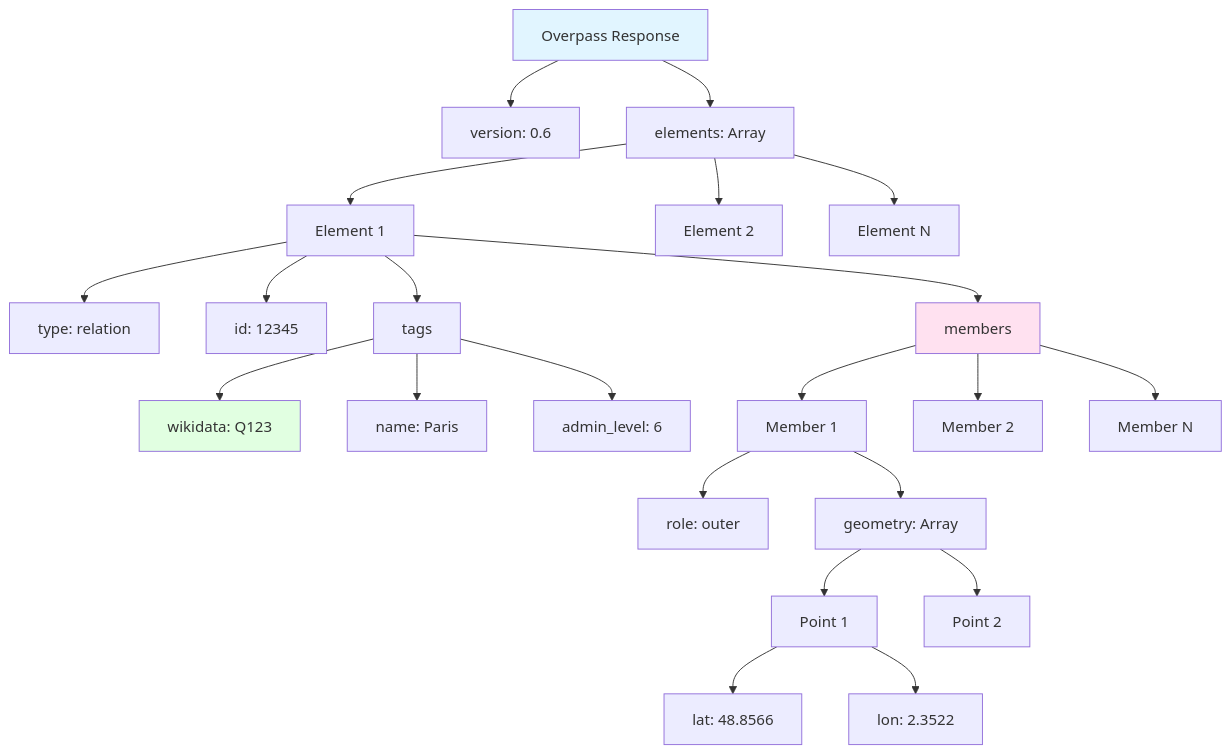
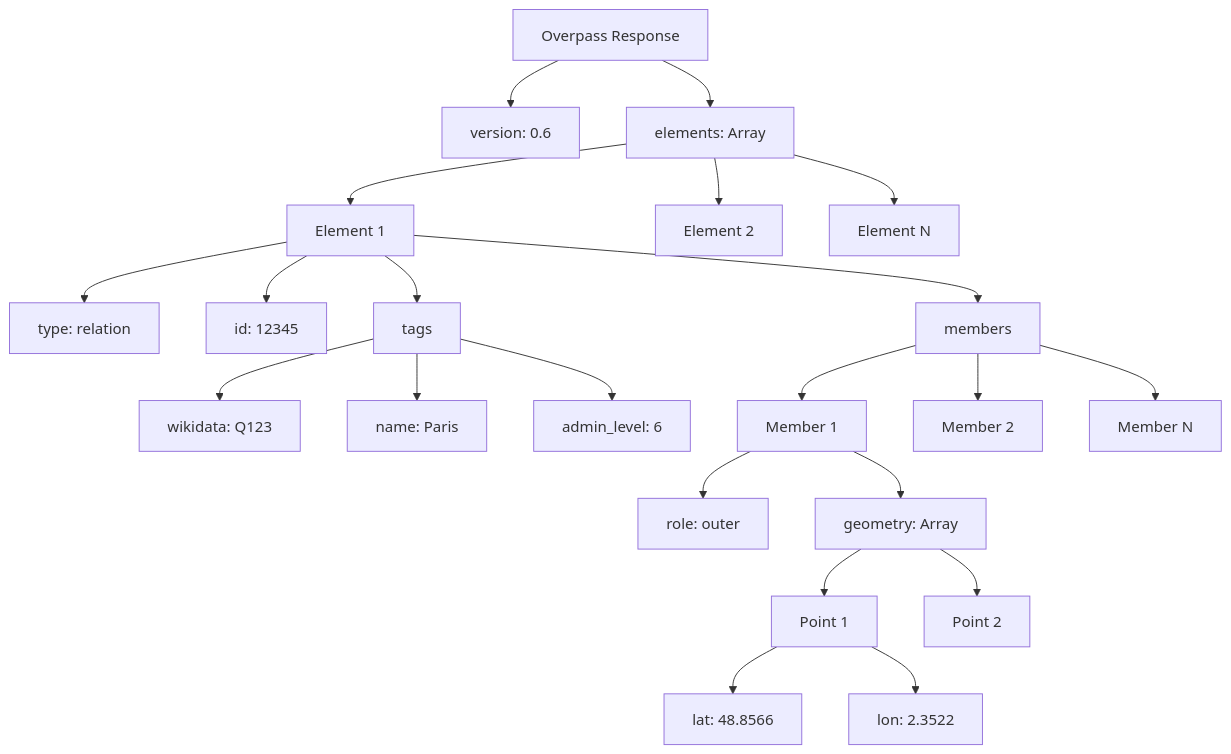
The sixth of 19 diagrams in docs/import/api-interactions.md (DaxServer/geocode-commons-categories), drawn with Mermaid before and after one commit. The commit also changed other lines of this file and 5 other files, not shown here.

````diff
--- a/docs/import/api-interactions.md
+++ b/docs/import/api-interactions.md
@@ -150,37 +140,34 @@
 ```mermaid
 graph TD
     ROOT[Overpass Response]
 
     ROOT --> VERSION[version: 0.6]
     ROOT --> ELEMENTS[elements: Array]
 
     ELEMENTS --> E1[Element 1]
     ELEMENTS --> E2[Element 2]
     ELEMENTS --> EN[Element N]
 
     E1 --> TYPE[type: relation]
     E1 --> ID[id: 12345]
     E1 --> TAGS[tags]
     E1 --> GEOM[members]
 
     TAGS --> WD[wikidata: Q123]
     TAGS --> NAME[name: Paris]
     TAGS --> ADMIN[admin_level: 6]
 
     GEOM --> G1[Member 1]
     GEOM --> G2[Member 2]
     GEOM --> GN[Member N]
 
     G1 --> ROLE[role: outer]
     G1 --> GEOM_DATA[geometry: Array]
 
     GEOM_DATA --> P1[Point 1]
     GEOM_DATA --> P2[Point 2]
 
     P1 --> LAT[lat: 48.8566]
     P1 --> LON[lon: 2.3522]
 
-    style ROOT fill:#e1f5ff
-    style WD fill:#e1ffe1
-    style GEOM fill:#ffe1f0
 ```
````
